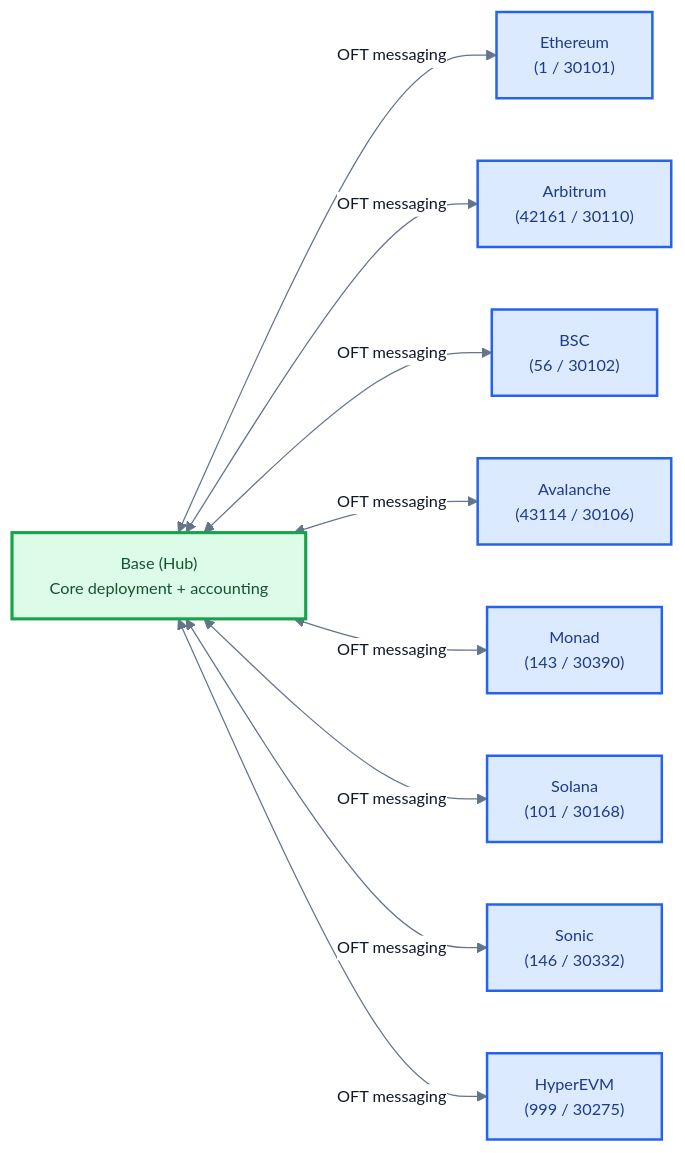
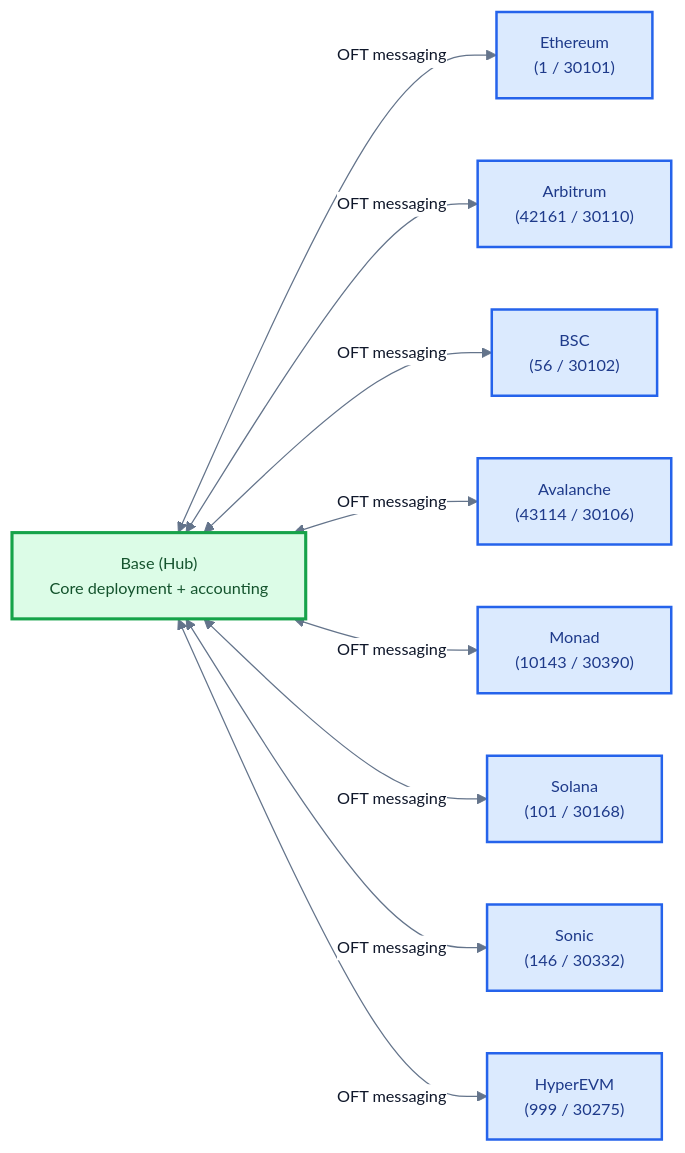
The fourth of 4 diagrams in docs/_generated/contracts/src/README.md (4626fun/4626), drawn with Mermaid before and after one commit. The commit also changed other lines of this file and 81 other files, not shown here.

````diff
--- a/docs/_generated/contracts/src/README.md
+++ b/docs/_generated/contracts/src/README.md
@@ -194,28 +194,28 @@
 ```mermaid
 %%{init: {"theme":"base","themeVariables":{"fontFamily":"Inter, ui-sans-serif, system-ui","fontSize":"13px","lineColor":"#64748B","primaryColor":"#FFFFFF","primaryTextColor":"#0F172A"}}}%%
 flowchart LR
   Base["Base (Hub)\nCore deployment + accounting"]
 
   Eth["Ethereum\n(1 / 30101)"]
   Arb["Arbitrum\n(42161 / 30110)"]
   BSC["BSC\n(56 / 30102)"]
   Avax["Avalanche\n(43114 / 30106)"]
-  Monad["Monad\n(143 / 30390)"]
+  Monad["Monad\n(10143 / 30390)"]
   Solana["Solana\n(101 / 30168)"]
   Sonic["Sonic\n(146 / 30332)"]
   Hyper["HyperEVM\n(999 / 30275)"]
 
   Base <--> |OFT messaging| Eth
   Base <--> |OFT messaging| Arb
   Base <--> |OFT messaging| BSC
   Base <--> |OFT messaging| Avax
   Base <--> |OFT messaging| Monad
   Base <--> |OFT messaging| Solana
   Base <--> |OFT messaging| Sonic
   Base <--> |OFT messaging| Hyper
 
   classDef hub fill:#DCFCE7,stroke:#16A34A,stroke-width:2.5px,color:#14532D;
   classDef satellite fill:#DBEAFE,stroke:#2563EB,stroke-width:2px,color:#1E3A8A;
   class Base hub;
   class Eth,Arb,BSC,Avax,Monad,Solana,Sonic,Hyper satellite;
 ```
````
